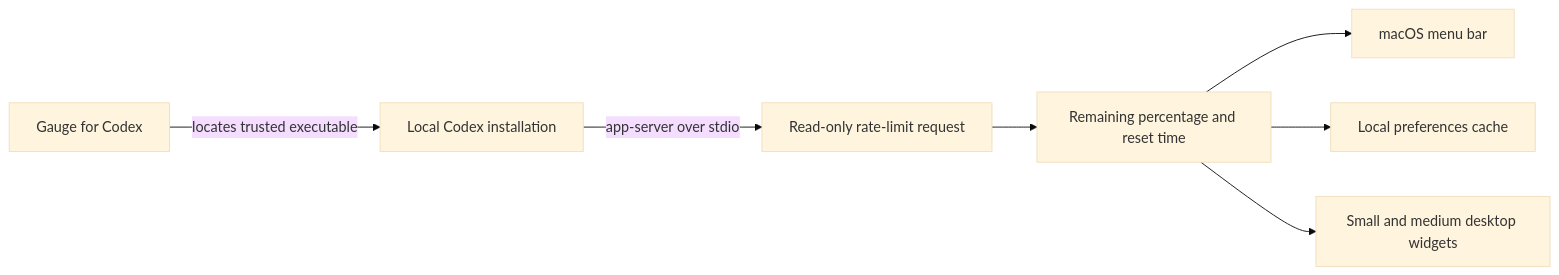
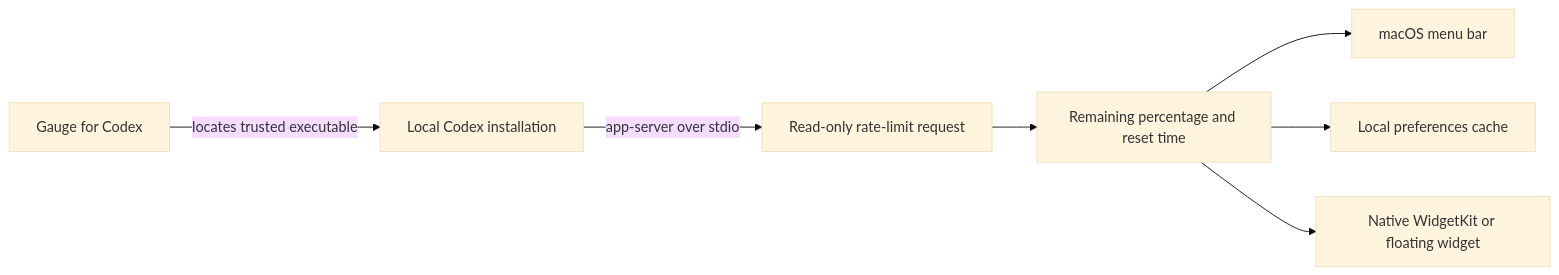
The diagram in README.md (qingtan-labs/AgentReadout), drawn with Mermaid (base theme) before and after one commit. The commit also changed other lines of this file and 13 other files, not shown here.

Commit message:
Document and expose native desktop widget for 1.0.1

````diff
--- a/README.md
+++ b/README.md
@@ -80,9 +80,9 @@
 ```mermaid
 flowchart LR
     A[Gauge for Codex] -->|locates trusted executable| B[Local Codex installation]
     B -->|app-server over stdio| C[Read-only rate-limit request]
     C --> D[Remaining percentage and reset time]
     D --> E[macOS menu bar]
     D --> F[Local preferences cache]
-    D --> G[Small and medium desktop widgets]
+    D --> G[Native WidgetKit or floating widget]
 ```
````
